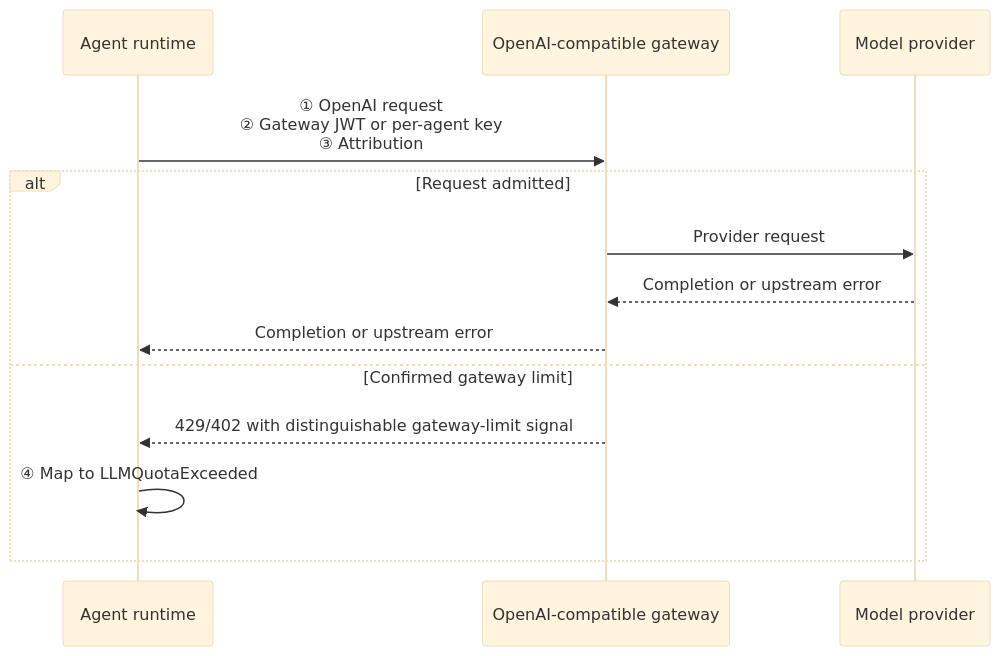
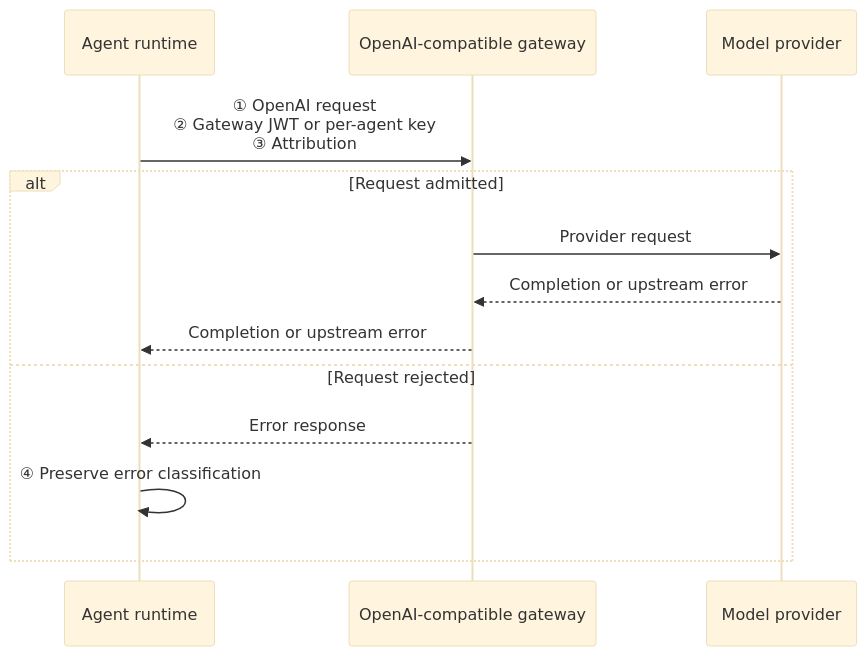
Before and after one commit to caipe-io/ai-platform-engineering: the first of 5 diagrams in docs/docs/specs/2026-10-10-byo-llm-gateway-budgets-quotas/spec.md, drawn with Mermaid (base theme). The commit also changed other lines of this file and 9 other files, not shown here.

Commit message:
docs(llm-gateway): defer gateway-specific error recognition

````diff
--- a/docs/docs/specs/2026-10-10-byo-llm-gateway-budgets-quotas/spec.md
+++ b/docs/docs/specs/2026-10-10-byo-llm-gateway-budgets-quotas/spec.md
@@ -20,15 +20,15 @@
 ```mermaid
 sequenceDiagram
   participant A as Agent runtime
   participant G as OpenAI-compatible gateway
   participant P as Model provider
   A->>G: ① OpenAI request<br/>② Gateway JWT or per-agent key<br/>③ Attribution
   alt Request admitted
     G->>P: Provider request
     P-->>G: Completion or upstream error
     G-->>A: Completion or upstream error
-  else Confirmed gateway limit
-    G-->>A: 429/402 with distinguishable gateway-limit signal
-    A->>A: ④ Map to LLMQuotaExceeded
+  else Request rejected
+    G-->>A: Error response
+    A->>A: ④ Preserve error classification
   end
 ```
````
